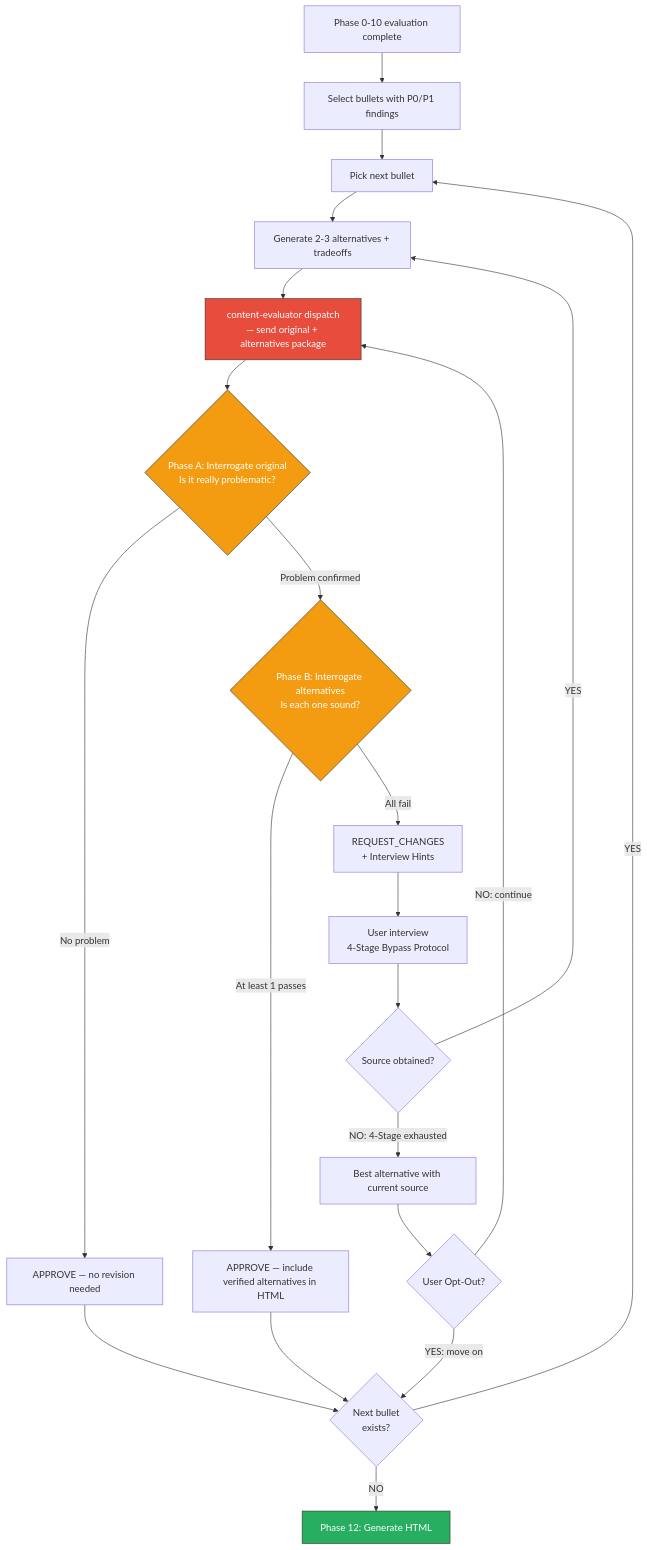
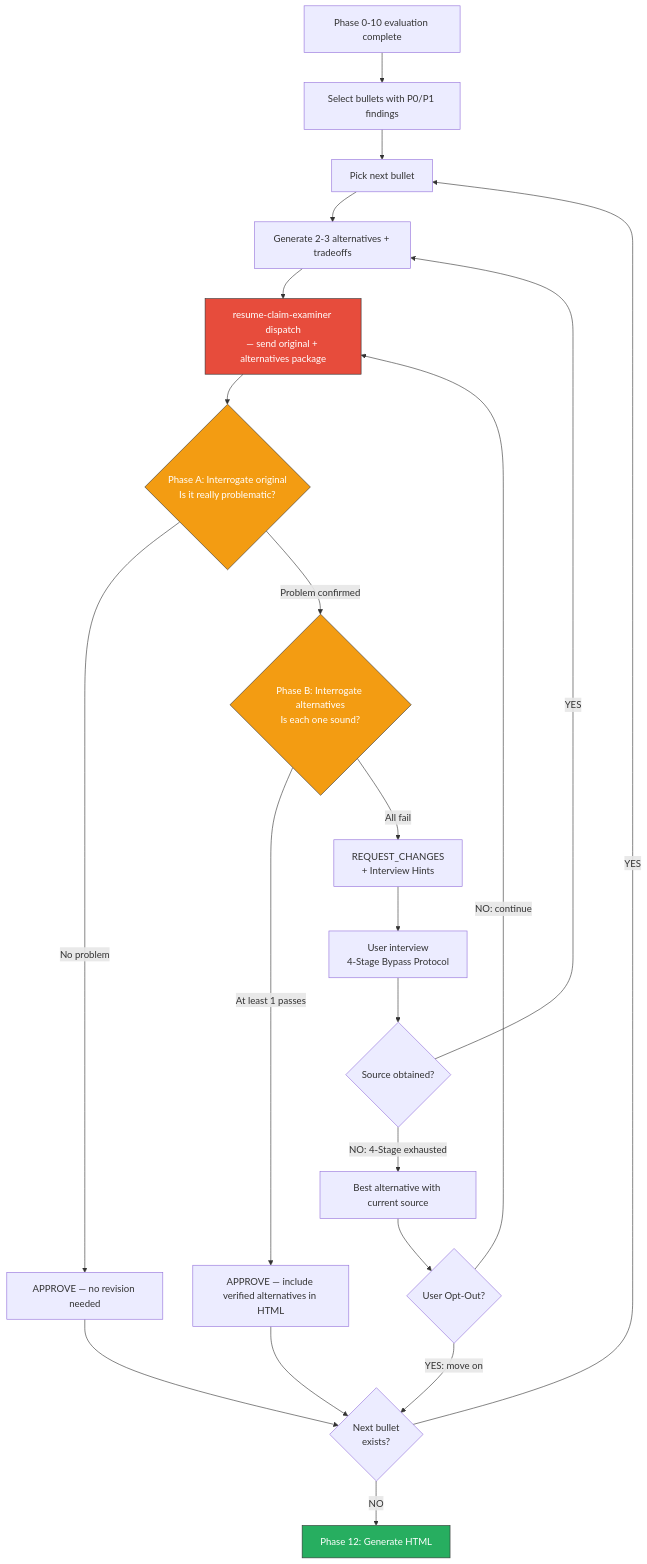
One commit to toongri/oh-my-toong-playground changed the third of 3 diagrams in skills/review-resume/SKILL.md. Above: the diagram before and after it, drawn with Mermaid. The commit also changed other lines of this file and 5 other files, not shown here.

Commit message:
refactor: resume-claim-examiner 리네이밍

````diff
--- a/skills/review-resume/SKILL.md
+++ b/skills/review-resume/SKILL.md
@@ -463,34 +463,34 @@
 ```mermaid
 flowchart TB
     START[Phase 0-10 evaluation complete] --> SELECT[Select bullets with P0/P1 findings]
     SELECT --> PICK[Pick next bullet]
 
     PICK --> ALT[Generate 2-3 alternatives + tradeoffs]
-    ALT --> DISPATCH[content-evaluator dispatch\n— send original + alternatives package]
+    ALT --> DISPATCH[resume-claim-examiner dispatch\n— send original + alternatives package]
 
     DISPATCH --> DIAG{Phase A: Interrogate original\nIs it really problematic?}
     DIAG -->|No problem| APPROVE_ORIG[APPROVE — no revision needed]
     DIAG -->|Problem confirmed| ALTEVAL{Phase B: Interrogate alternatives\nIs each one sound?}
 
     ALTEVAL -->|At least 1 passes| APPROVE_ALT[APPROVE — include verified alternatives in HTML]
     ALTEVAL -->|All fail| CHANGES[REQUEST_CHANGES\n+ Interview Hints]
 
     CHANGES --> INTERVIEW[User interview\n4-Stage Bypass Protocol]
     INTERVIEW --> SOURCE{Source obtained?}
     SOURCE -->|YES| ALT
     SOURCE -->|NO: 4-Stage exhausted| BEST[Best alternative with current source]
     BEST --> OPTOUT{User Opt-Out?}
     OPTOUT -->|YES: move on| NEXT
     OPTOUT -->|NO: continue| DISPATCH
 
     APPROVE_ORIG --> NEXT{Next bullet\nexists?}
     APPROVE_ALT --> NEXT
 
     NEXT -->|YES| PICK
     NEXT -->|NO| DONE[Phase 12: Generate HTML]
 
     style DISPATCH fill:#e74c3c,stroke:#333,color:#fff
     style DIAG fill:#f39c12,stroke:#333,color:#fff
     style ALTEVAL fill:#f39c12,stroke:#333,color:#fff
     style DONE fill:#27ae60,stroke:#333,color:#fff
 ```
````
